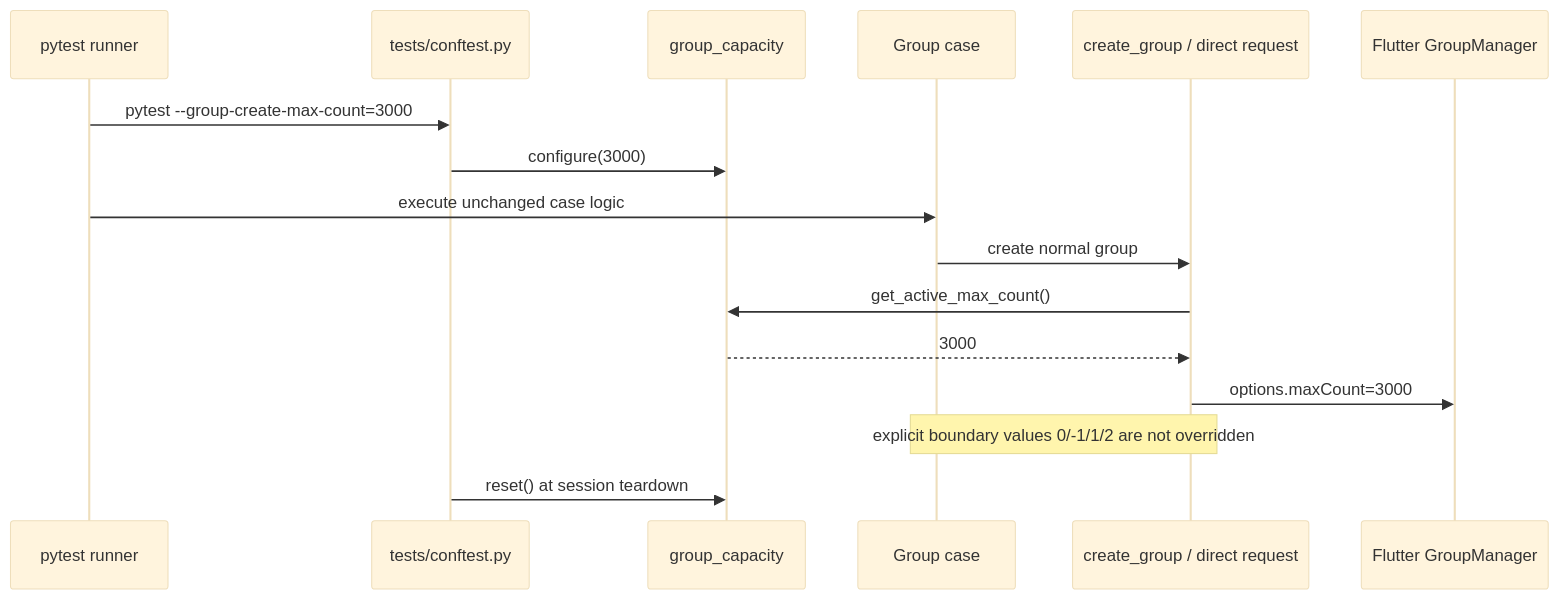
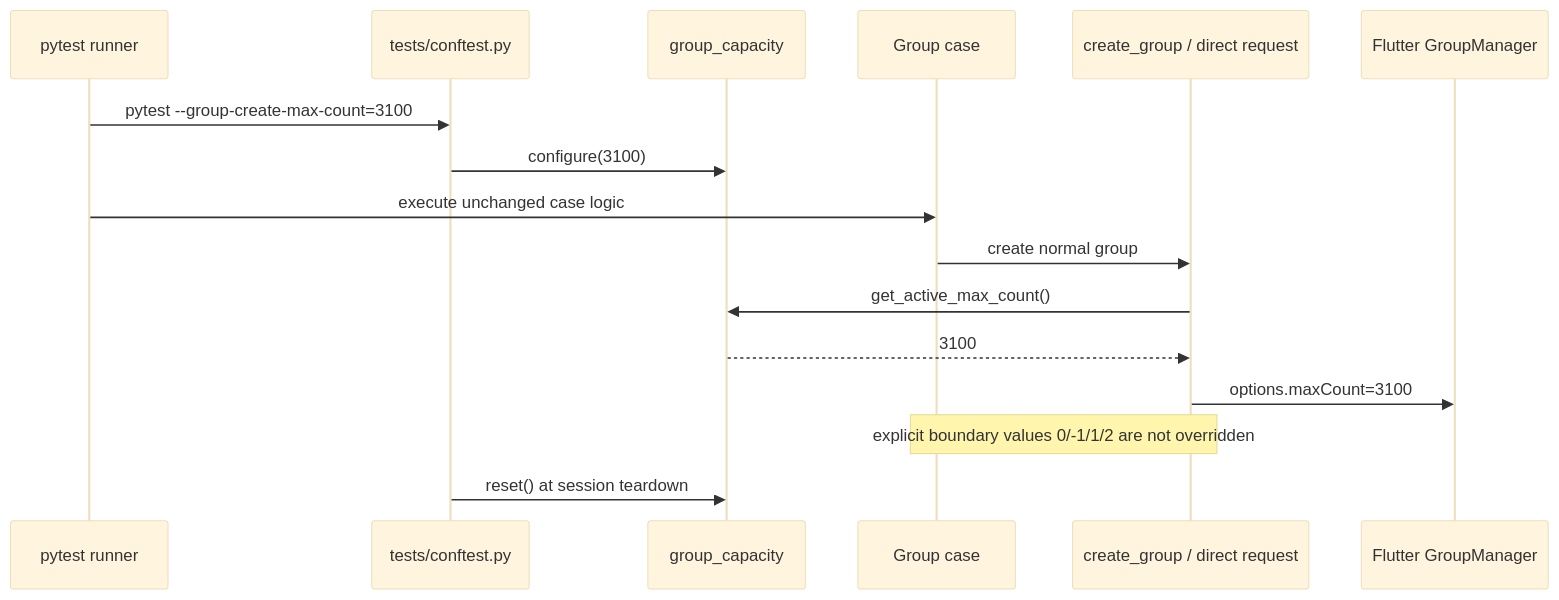
Before and after one commit to easemob/im_flutter_sdk: the diagram in .doc/specs/group-capacity-scenarios/design.md, drawn with Mermaid (base theme). The commit also changed other lines of this file and 4 other files, not shown here.

````diff
--- a/.doc/specs/group-capacity-scenarios/design.md
+++ b/.doc/specs/group-capacity-scenarios/design.md
@@ -16,19 +16,19 @@
 ```mermaid
 sequenceDiagram
     participant R as pytest runner
     participant C as tests/conftest.py
     participant S as group_capacity
     participant T as Group case
     participant H as create_group / direct request
     participant SDK as Flutter GroupManager
 
-    R->>C: pytest --group-create-max-count=3000
-    C->>S: configure(3000)
+    R->>C: pytest --group-create-max-count=3100
+    C->>S: configure(3100)
     R->>T: execute unchanged case logic
     T->>H: create normal group
     H->>S: get_active_max_count()
-    S-->>H: 3000
-    H->>SDK: options.maxCount=3000
+    S-->>H: 3100
+    H->>SDK: options.maxCount=3100
     Note over T,H: explicit boundary values 0/-1/1/2 are not overridden
     C->>S: reset() at session teardown
 ```
````
